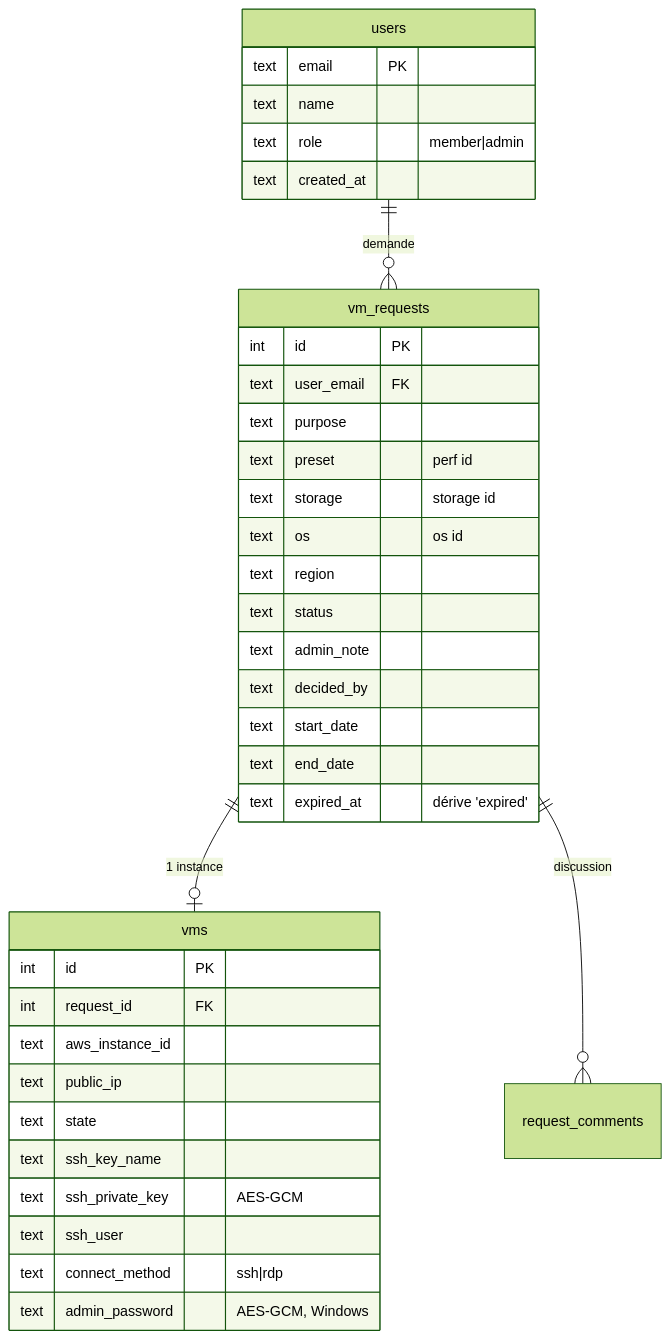
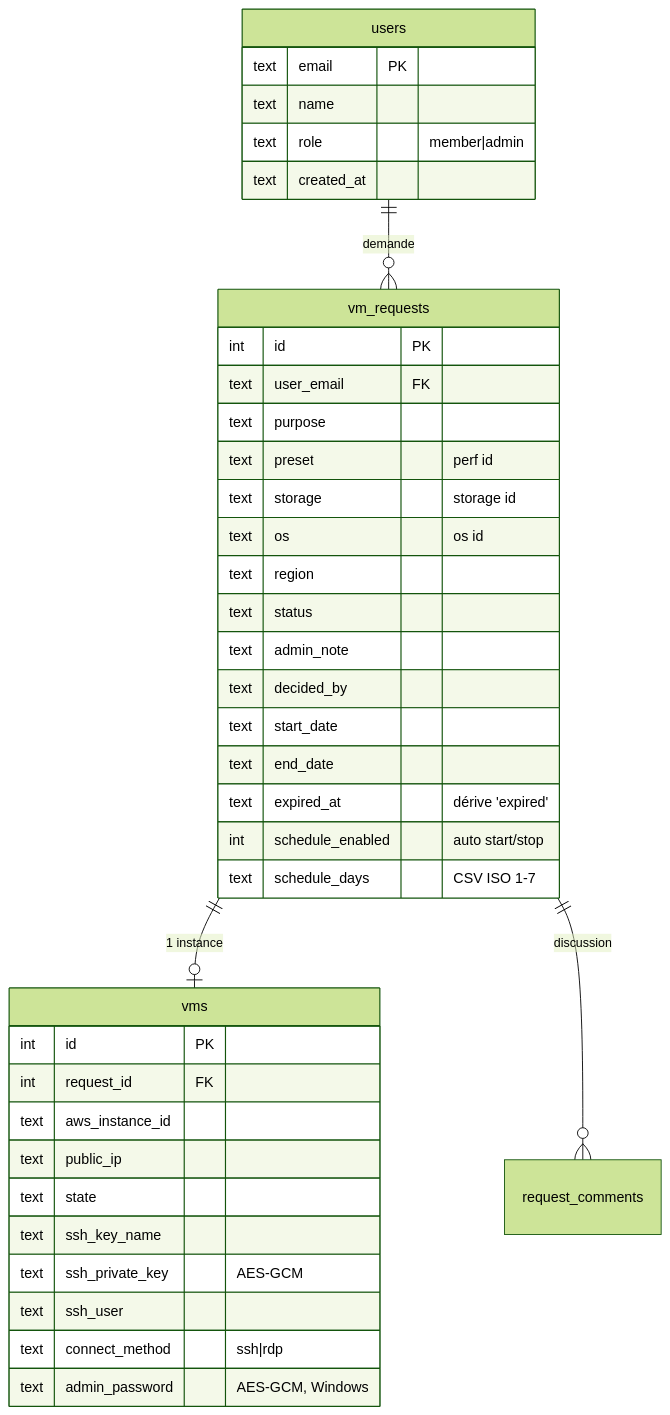
The fourth of 5 diagrams in docs/ARCHITECTURE.md (Thomas-TP/GIT-VM-OpenStack), drawn with Mermaid (forest theme) before and after one commit. The commit also changed other lines of this file and 11 other files, not shown here.

First line of the commit message:
feat: planification auto start/stop des VM par l'utilisateur

````diff
--- a/docs/ARCHITECTURE.md
+++ b/docs/ARCHITECTURE.md
@@ -113,40 +115,42 @@
 ```mermaid
 erDiagram
     users ||--o{ vm_requests : "demande"
     vm_requests ||--o| vms : "1 instance"
     vm_requests ||--o{ request_comments : "discussion"
 
     users {
         text email PK
         text name
         text role "member|admin"
         text created_at
     }
     vm_requests {
         int id PK
         text user_email FK
         text purpose
         text preset "perf id"
         text storage "storage id"
         text os "os id"
         text region
         text status
         text admin_note
         text decided_by
         text start_date
         text end_date
         text expired_at "dérive 'expired'"
+        int schedule_enabled "auto start/stop"
+        text schedule_days "CSV ISO 1-7"
     }
     vms {
         int id PK
         int request_id FK
         text aws_instance_id
         text public_ip
         text state
         text ssh_key_name
         text ssh_private_key "AES-GCM"
         text ssh_user
         text connect_method "ssh|rdp"
         text admin_password "AES-GCM, Windows"
     }
 ```
````
